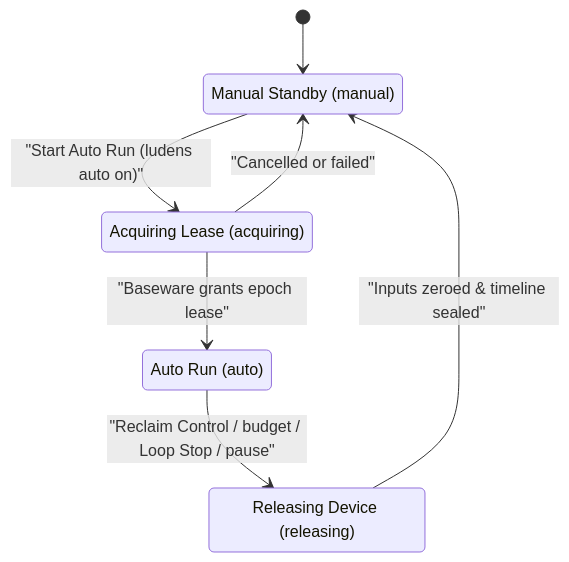
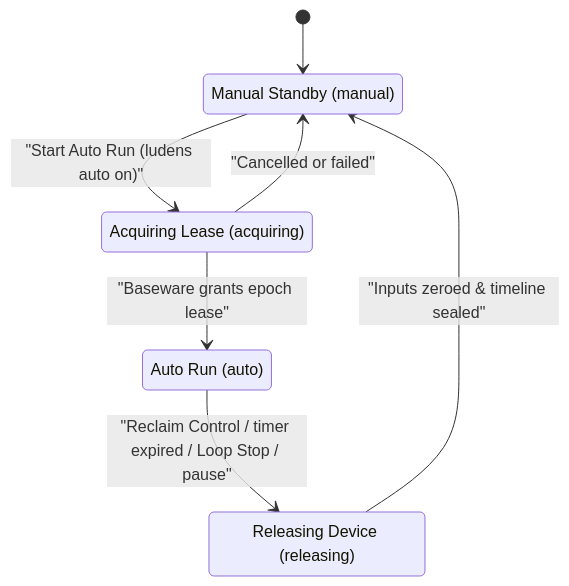
The diagram in docs/en/concepts/loop-and-control.md (Arkevo-Lab/Ludens), drawn with Mermaid before and after one commit. The commit also changed other lines of this file and 116 other files, not shown here.

Commit message:
refactor: replace legacy run budgets with timer-only control and STALE_EPOCH auto-sync

````diff
--- a/docs/en/concepts/loop-and-control.md
+++ b/docs/en/concepts/loop-and-control.md
@@ -48,14 +48,14 @@
 ```mermaid
 stateDiagram-v2
     state "Manual Standby (manual)" as manual
     state "Acquiring Lease (acquiring)" as acquiring
     state "Auto Run (auto)" as auto
     state "Releasing Device (releasing)" as releasing
 
     [*] --> manual
     manual --> acquiring : "Start Auto Run (ludens auto on)"
     acquiring --> auto : "Baseware grants epoch lease"
     acquiring --> manual : "Cancelled or failed"
-    auto --> releasing : "Reclaim Control / budget / Loop Stop / pause"
+    auto --> releasing : "Reclaim Control / timer expired / Loop Stop / pause"
     releasing --> manual : "Inputs zeroed & timeline sealed"
 ```
````
